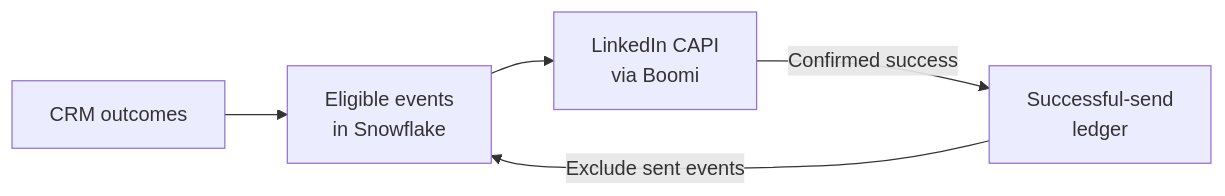
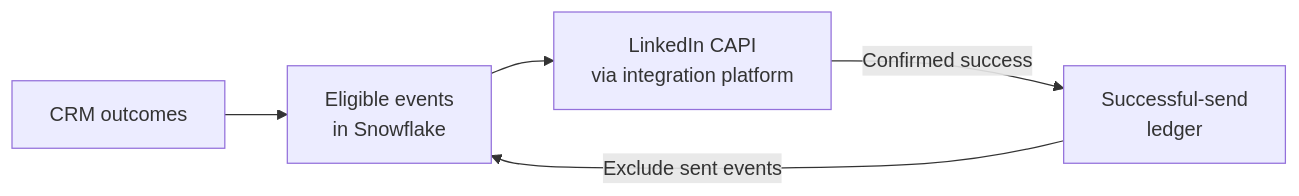
Before and after one commit to GregTrav/gtm-systems-portfolio: the second of 2 diagrams in linkedin-paid-media/README.md, drawn with Mermaid. The commit also changed other lines of this file and 5 other files, not shown here.

````diff
--- a/linkedin-paid-media/README.md
+++ b/linkedin-paid-media/README.md
@@ -43,7 +43,7 @@
 ```mermaid
 flowchart LR
     A[CRM outcomes] --> B[Eligible events<br/>in Snowflake]
-    B --> C[LinkedIn CAPI<br/>via Boomi]
+    B --> C[LinkedIn CAPI<br/>via integration platform]
     C -->|Confirmed success| D[Successful-send<br/>ledger]
     D -->|Exclude sent events| B
 ```
````
